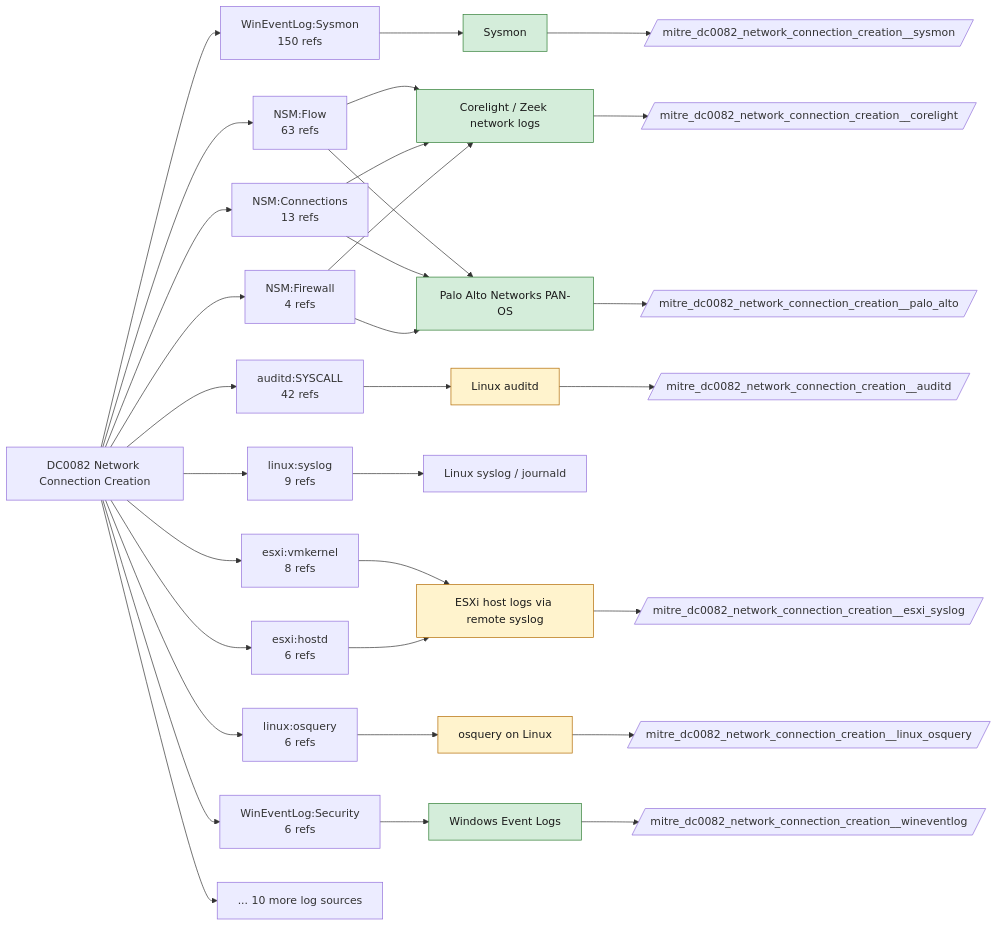
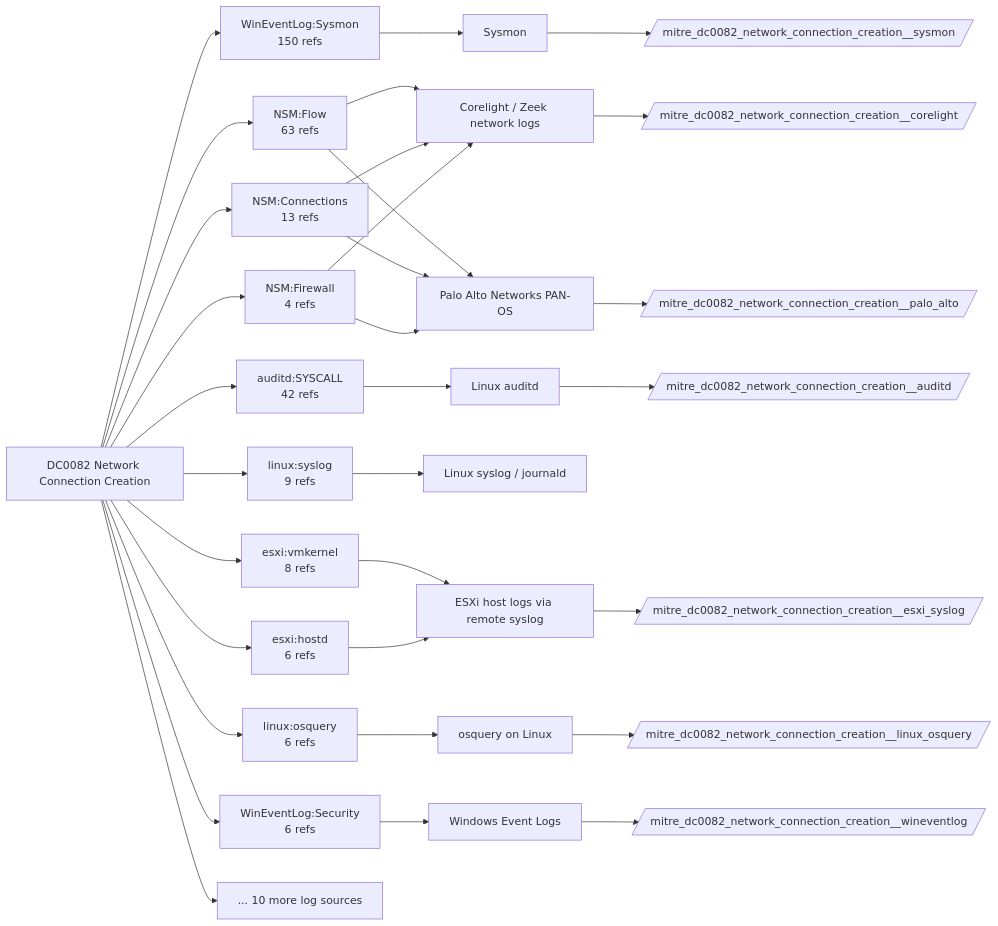
Before and after one commit to dev-nobytes-io/mitre-defensive-mappings-spl: the diagram in docs/data-components/DC0082-network-connection-creation.md, drawn with Mermaid. The commit also changed other lines of this file and 366 other files, not shown here.

````diff
--- a/docs/data-components/DC0082-network-connection-creation.md
+++ b/docs/data-components/DC0082-network-connection-creation.md
@@ -19,52 +19,43 @@
 ```mermaid
 flowchart LR
   DC["DC0082 Network Connection Creation"]
   DC --> LS0["WinEventLog:Sysmon<br/>150 refs"]
   F_sysmon["Sysmon"]
   LS0 --> F_sysmon
   DC --> LS1["NSM:Flow<br/>63 refs"]
   F_corelight["Corelight / Zeek network logs"]
   LS1 --> F_corelight
   F_palo_alto["Palo Alto Networks PAN-OS"]
   LS1 --> F_palo_alto
   DC --> LS2["auditd:SYSCALL<br/>42 refs"]
   F_auditd["Linux auditd"]
   LS2 --> F_auditd
   DC --> LS3["NSM:Connections<br/>13 refs"]
   LS3 --> F_corelight
   LS3 --> F_palo_alto
   DC --> LS4["linux:syslog<br/>9 refs"]
   F_linux_syslog["Linux syslog / journald"]
   LS4 --> F_linux_syslog
   DC --> LS5["esxi:vmkernel<br/>8 refs"]
   F_esxi_syslog["ESXi host logs via remote syslog"]
   LS5 --> F_esxi_syslog
   DC --> LS6["esxi:hostd<br/>6 refs"]
   LS6 --> F_esxi_syslog
   DC --> LS7["linux:osquery<br/>6 refs"]
   F_linux_osquery["osquery on Linux"]
   LS7 --> F_linux_osquery
   DC --> LS8["WinEventLog:Security<br/>6 refs"]
   F_wineventlog["Windows Event Logs"]
   LS8 --> F_wineventlog
   DC --> LS9["NSM:Firewall<br/>4 refs"]
   LS9 --> F_palo_alto
   LS9 --> F_corelight
   DC --> MORE["... 10 more log sources"]
+  F_auditd --> ET_auditd[/"mitre_dc0082_network_connection_creation__auditd"/]
   F_corelight --> ET_corelight[/"mitre_dc0082_network_connection_creation__corelight"/]
-  class F_corelight live
+  F_esxi_syslog --> ET_esxi_syslog[/"mitre_dc0082_network_connection_creation__esxi_syslog"/]
+  F_linux_osquery --> ET_linux_osquery[/"mitre_dc0082_network_connection_creation__linux_osquery"/]
   F_palo_alto --> ET_palo_alto[/"mitre_dc0082_network_connection_creation__palo_alto"/]
-  class F_palo_alto live
   F_sysmon --> ET_sysmon[/"mitre_dc0082_network_connection_creation__sysmon"/]
-  class F_sysmon live
   F_wineventlog --> ET_wineventlog[/"mitre_dc0082_network_connection_creation__wineventlog"/]
-  class F_wineventlog live
-  F_auditd --> ET_auditd[/"mitre_dc0082_network_connection_creation__auditd"/]
-  class F_auditd ready
-  F_esxi_syslog --> ET_esxi_syslog[/"mitre_dc0082_network_connection_creation__esxi_syslog"/]
-  class F_esxi_syslog ready
-  F_linux_osquery --> ET_linux_osquery[/"mitre_dc0082_network_connection_creation__linux_osquery"/]
-  class F_linux_osquery ready
-  classDef live fill:#d4edda,stroke:#2e7d32,color:#1b1b1b
-  classDef ready fill:#fff3cd,stroke:#b26a00,color:#1b1b1b
 ```
````
